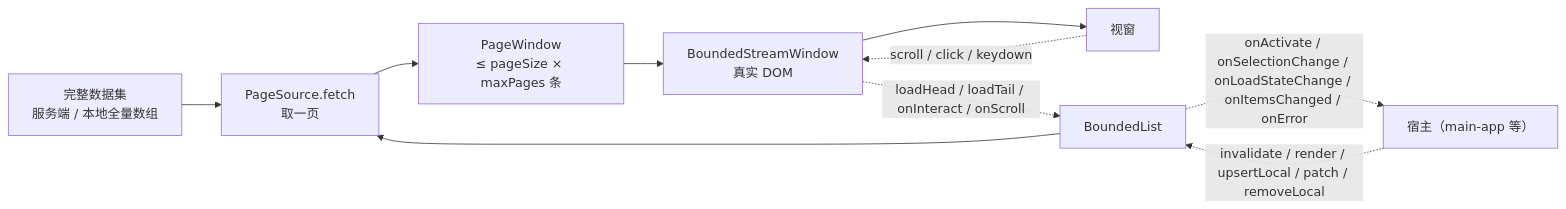
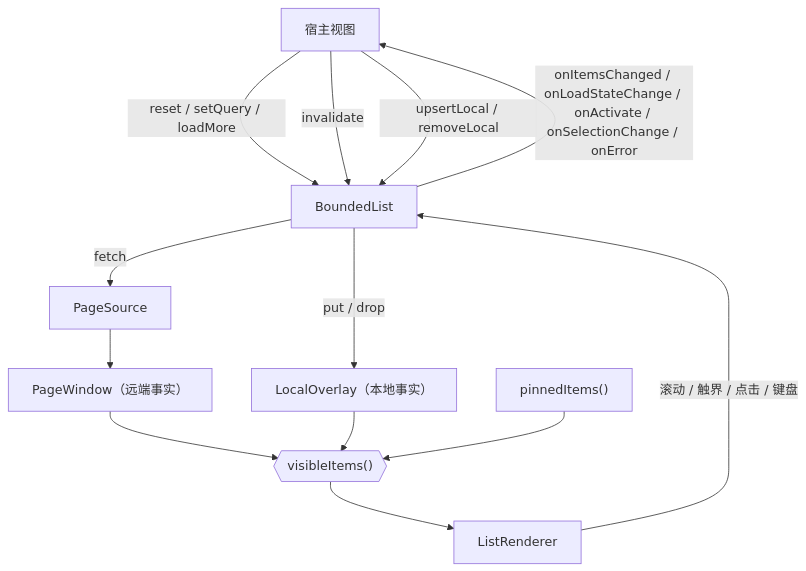
Before and after one commit to dacez/yimsg: the first of 2 diagrams in packages/uikit/docs/boundedlist/组件设计.md, drawn with Mermaid. The commit also changed other lines of this file and 32 other files, not shown here.

First line of the commit message:
refactor(uikit): BoundedList 重构为「权威窗口 + 本地层」，修复提示条闪动

````diff
--- a/packages/uikit/docs/boundedlist/组件设计.md
+++ b/packages/uikit/docs/boundedlist/组件设计.md
@@ -111,15 +52,15 @@
 ```mermaid
-flowchart LR
-    SRC["完整数据集<br/>服务端 / 本地全量数组"]
-    PS["PageSource.fetch<br/>取一页"]
-    PW["PageWindow<br/>≤ pageSize × maxPages 条"]
-    SW["BoundedStreamWindow<br/>真实 DOM"]
-    V["视窗"]
-
-    SRC --> PS --> PW --> SW --> V
-    V -. "scroll / click / keydown" .-> SW
-    SW -. "loadHead / loadTail / onInteract / onScroll" .-> BL["BoundedList"]
-    BL --> PS
-    HOST["宿主（main-app 等）"] -. "invalidate / render / upsertLocal / patch / removeLocal" .-> BL
-    BL -. "onActivate / onSelectionChange / onLoadStateChange / onItemsChanged / onError" .-> HOST
+flowchart TD
+    Host["宿主视图"] -->|reset / setQuery / loadMore| BL["BoundedList"]
+    Host -->|invalidate| BL
+    Host -->|upsertLocal / removeLocal| BL
+    BL -->|fetch| Source["PageSource"]
+    Source --> Window["PageWindow（远端事实）"]
+    BL -->|put / drop| Overlay["LocalOverlay（本地事实）"]
+    Window --> Visible{{"visibleItems()"}}
+    Overlay --> Visible
+    Pinned["pinnedItems()"] --> Visible
+    Visible --> Renderer["ListRenderer"]
+    Renderer -->|滚动 / 触界 / 点击 / 键盘| BL
+    BL -->|onItemsChanged / onLoadStateChange / onActivate / onSelectionChange / onError| Host
 ```
````
